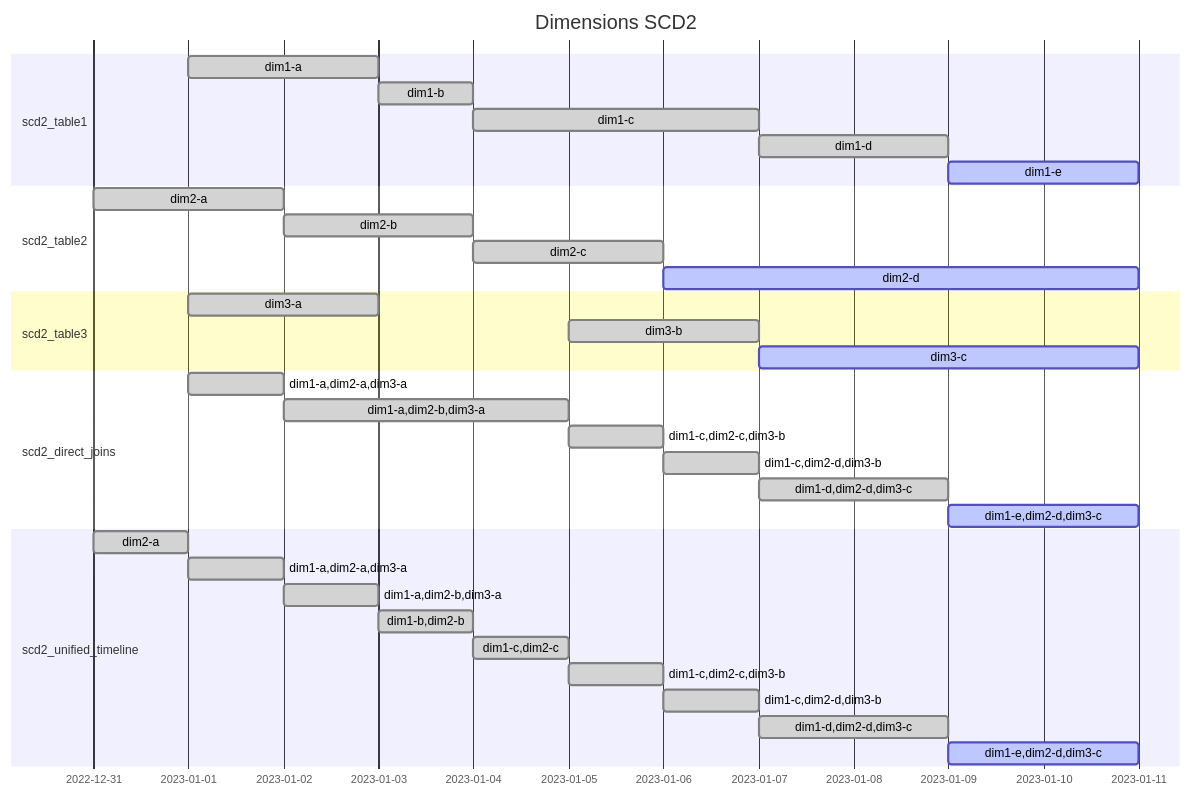
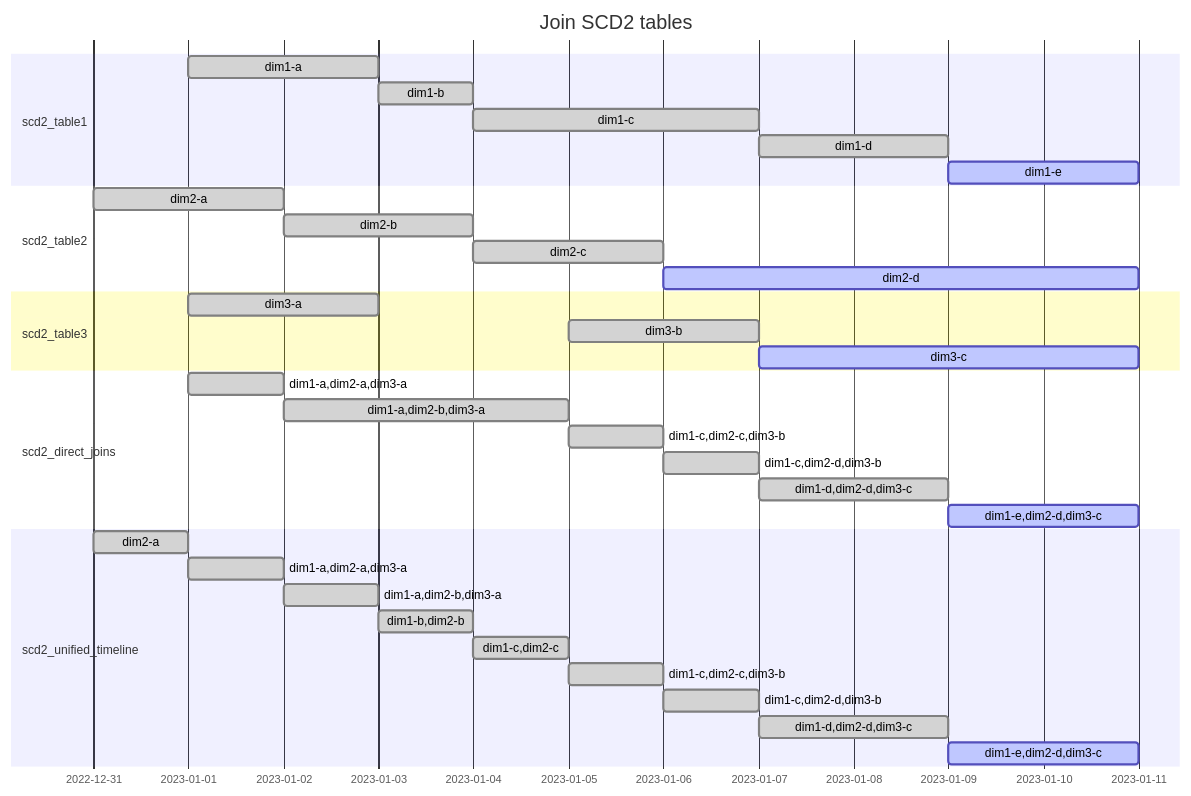
One commit to ryu1kn/sandbox--data-modelling changed the diagram in docs/sce_1__join_scd2.md. Above: the diagram before and after it, drawn with Mermaid. The commit also changed 5 other files, not shown here.

````diff
--- a/docs/sce_1__join_scd2.md
+++ b/docs/sce_1__join_scd2.md
@@ -11,42 +11,42 @@
 ```mermaid
 gantt
     dateFormat  YYYY-MM-DD
-    title       Dimensions SCD2
+    title       Join SCD2 tables
 
     section scd2_table1
         dim1-a : done,   des1_1, 2023-01-01, 2023-01-03
         dim1-b : done,   des1_2, 2023-01-03, 2023-01-04
         dim1-c : done,   des1_3, 2023-01-04, 2023-01-07
         dim1-d : done,   des1_4, 2023-01-07, 2023-01-09
         dim1-e : active, des1_5, 2023-01-09, 2023-01-11
 
     section scd2_table2
         dim2-a : done,   des2_1, 2022-12-31, 2023-01-02
         dim2-b : done,   des2_2, 2023-01-02, 2023-01-04
         dim2-c : done,   des2_3, 2023-01-04, 2023-01-06
         dim2-d : active, des2_4, 2023-01-06, 2023-01-11
 
     section scd2_table3
         dim3-a : done,   des3_1, 2023-01-01, 2023-01-03
         dim3-b : done,   des3_2, 2023-01-05, 2023-01-07
         dim3-c : active, des3_3, 2023-01-07, 2023-01-11
 
     section scd2_direct_joins
         dim1-a,dim2-a,dim3-a : done, 2023-01-01, 2023-01-02
         dim1-a,dim2-b,dim3-a : done, 2023-01-02, 2023-01-05
         dim1-c,dim2-c,dim3-b : done, 2023-01-05, 2023-01-06
         dim1-c,dim2-d,dim3-b : done, 2023-01-06, 2023-01-07
         dim1-d,dim2-d,dim3-c : done, 2023-01-07, 2023-01-09
         dim1-e,dim2-d,dim3-c : active, 2023-01-09, 2023-01-11
 
     section scd2_unified_timeline
         dim2-a : done, 2022-12-31, 2023-01-01
         dim1-a,dim2-a,dim3-a : done, 2023-01-01, 2023-01-02
         dim1-a,dim2-b,dim3-a : done, 2023-01-02, 2023-01-03
         dim1-b,dim2-b : done, 2023-01-03, 2023-01-04
         dim1-c,dim2-c : done, 2023-01-04, 2023-01-05
         dim1-c,dim2-c,dim3-b : done, 2023-01-05, 2023-01-06
         dim1-c,dim2-d,dim3-b : done, 2023-01-06, 2023-01-07
         dim1-d,dim2-d,dim3-c : done, 2023-01-07, 2023-01-09
         dim1-e,dim2-d,dim3-c : active, 2023-01-09, 2023-01-11
 ```
````
